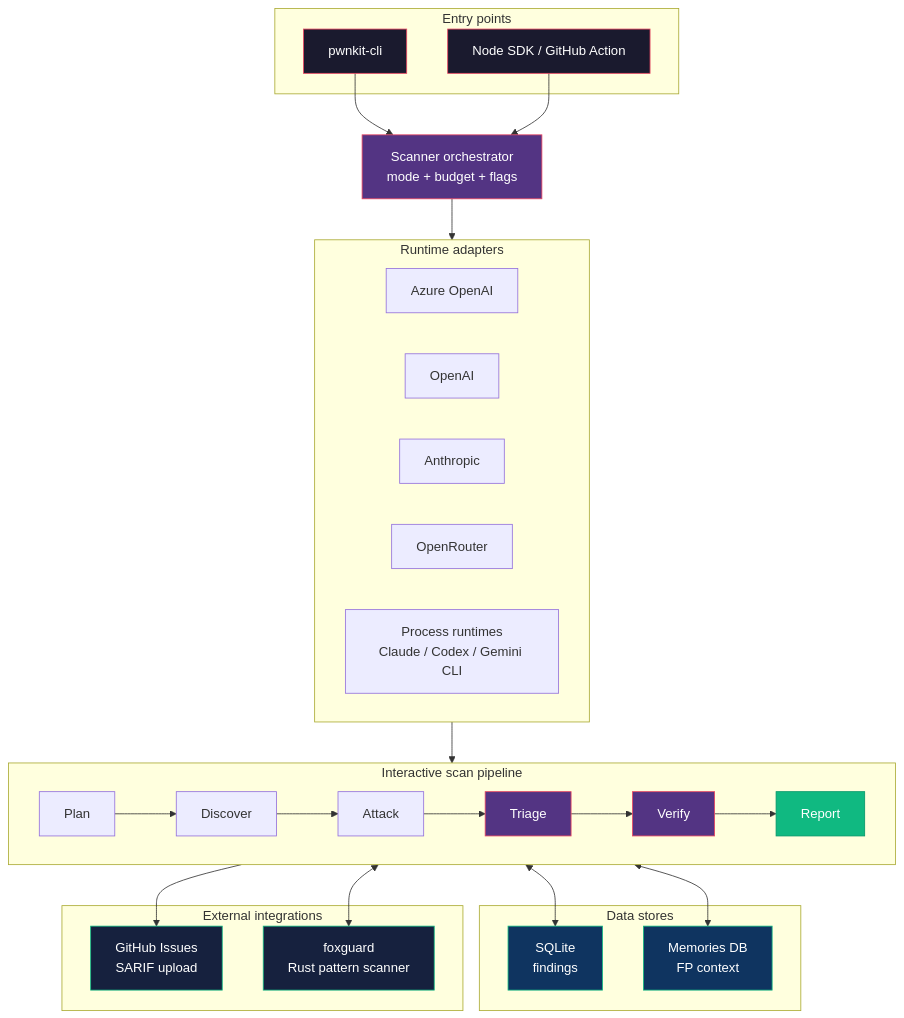
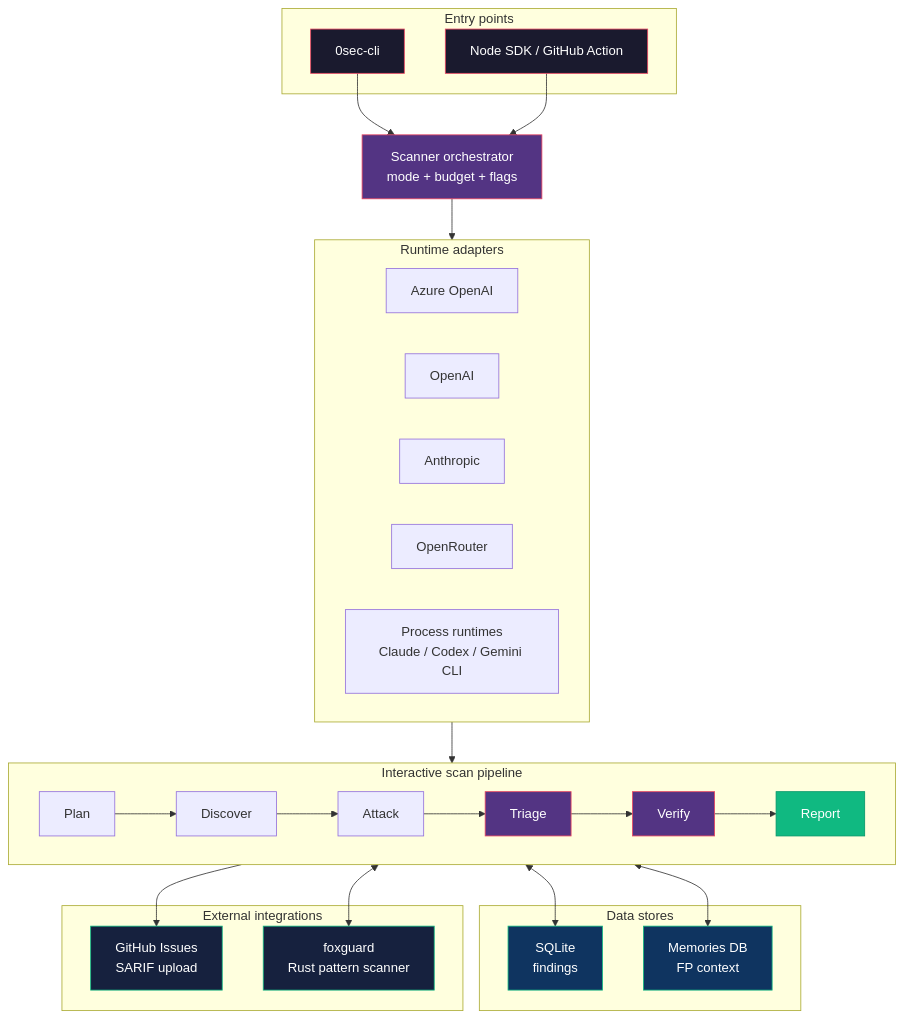
The second of 3 diagrams in docs/src/content/docs/architecture.md (0sec-labs/0sec), drawn with Mermaid before and after one commit. The commit also changed other lines of this file and 967 other files, not shown here.

First line of the commit message:
chore: rename engine and CLI identity from pwnkit to 0sec

````diff
--- a/docs/src/content/docs/architecture.md
+++ b/docs/src/content/docs/architecture.md
@@ -151,52 +151,52 @@
 ```mermaid
 flowchart TB
     subgraph Entry[Entry points]
-        CLI[pwnkit-cli]
+        CLI[0sec-cli]
         API[Node SDK / GitHub Action]
     end
 
     subgraph Runtimes[Runtime adapters]
         AZ[Azure OpenAI]
         OAI[OpenAI]
         ANT[Anthropic]
         OR[OpenRouter]
         PROC["Process runtimes\nClaude / Codex / Gemini CLI"]
     end
 
     ORCH["Scanner orchestrator\nmode + budget + flags"]
 
     subgraph Pipeline[Interactive scan pipeline]
         direction LR
         P1[Plan] --> P2[Discover] --> P3[Attack] --> P4[Triage] --> P5[Verify] --> P6[Report]
     end
 
     subgraph Stores[Data stores]
         FDB["SQLite\nfindings"]
         MDB["Memories DB\nFP context"]
     end
 
     subgraph Ext[External integrations]
         GH["GitHub Issues\nSARIF upload"]
         FX["foxguard\nRust pattern scanner"]
     end
 
     CLI --> ORCH
     API --> ORCH
     ORCH --> Runtimes
     Runtimes --> Pipeline
     Pipeline <--> FDB
     P4 <--> MDB
     P4 <--> FX
     P6 --> GH
 
     style CLI fill:#1a1a2e,stroke:#e94560,color:#fff
     style API fill:#1a1a2e,stroke:#e94560,color:#fff
     style ORCH fill:#533483,stroke:#e94560,color:#fff
     style P4 fill:#533483,stroke:#e94560,color:#fff
     style P5 fill:#533483,stroke:#e94560,color:#fff
     style P6 fill:#10b981,stroke:#059669,color:#fff
     style FDB fill:#0f3460,stroke:#10b981,color:#fff
     style MDB fill:#0f3460,stroke:#10b981,color:#fff
     style GH fill:#16213e,stroke:#10b981,color:#fff
     style FX fill:#16213e,stroke:#10b981,color:#fff
 ```
````
